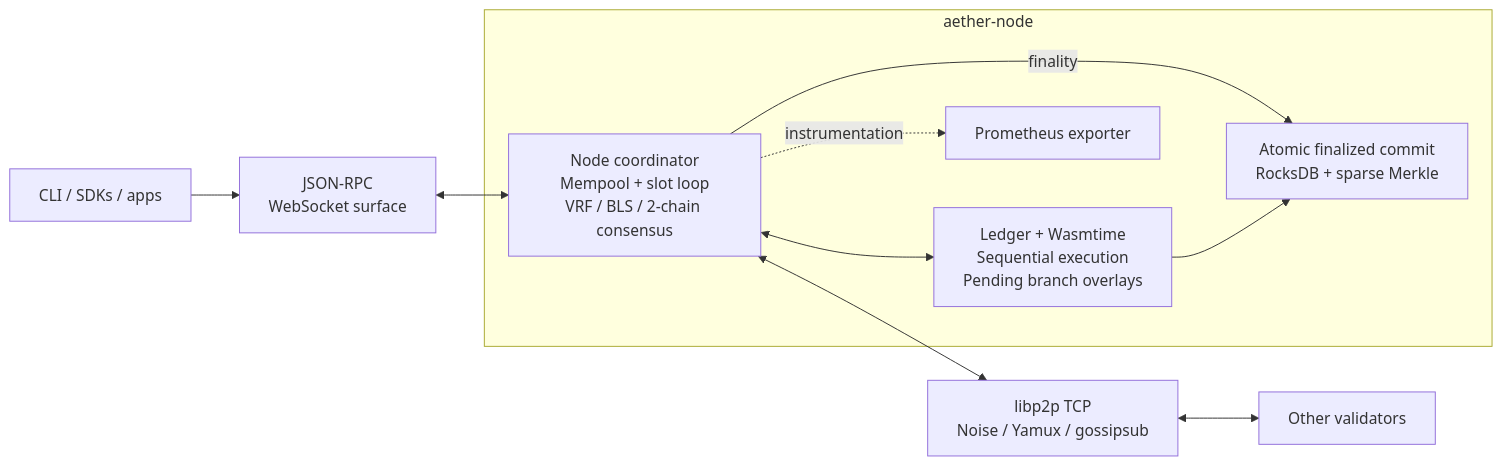
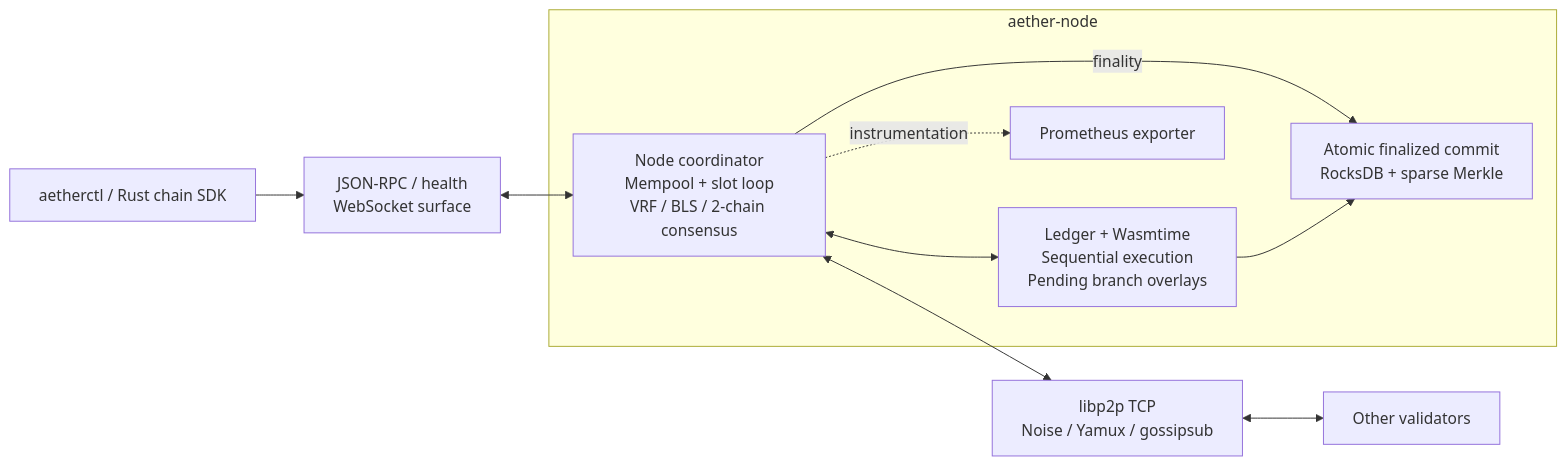
Before and after one commit to jadenfix/arrha: the diagram in README.md, drawn with Mermaid. The commit also changed other lines of this file and 23 other files, not shown here.

````diff
--- a/README.md
+++ b/README.md
@@ -64,14 +57,14 @@
 ```mermaid
 flowchart LR
-    Clients["CLI / SDKs / apps"] --> RPC["JSON-RPC<br/>WebSocket surface"]
+    Clients["aetherctl / Rust chain SDK"] --> RPC["JSON-RPC / health<br/>WebSocket surface"]
     RPC <--> Core
     subgraph Node["aether-node"]
         Core["Node coordinator<br/>Mempool + slot loop<br/>VRF / BLS / 2-chain consensus"]
         Core <--> Ledger["Ledger + Wasmtime<br/>Sequential execution<br/>Pending branch overlays"]
         Core -->|finality| Store["Atomic finalized commit<br/>RocksDB + sparse Merkle"]
         Ledger --> Store
         Core -. instrumentation .-> Metrics["Prometheus exporter"]
     end
     Core <--> P2P["libp2p TCP<br/>Noise / Yamux / gossipsub"]
     P2P <--> Peers["Other validators"]
 ```
````
